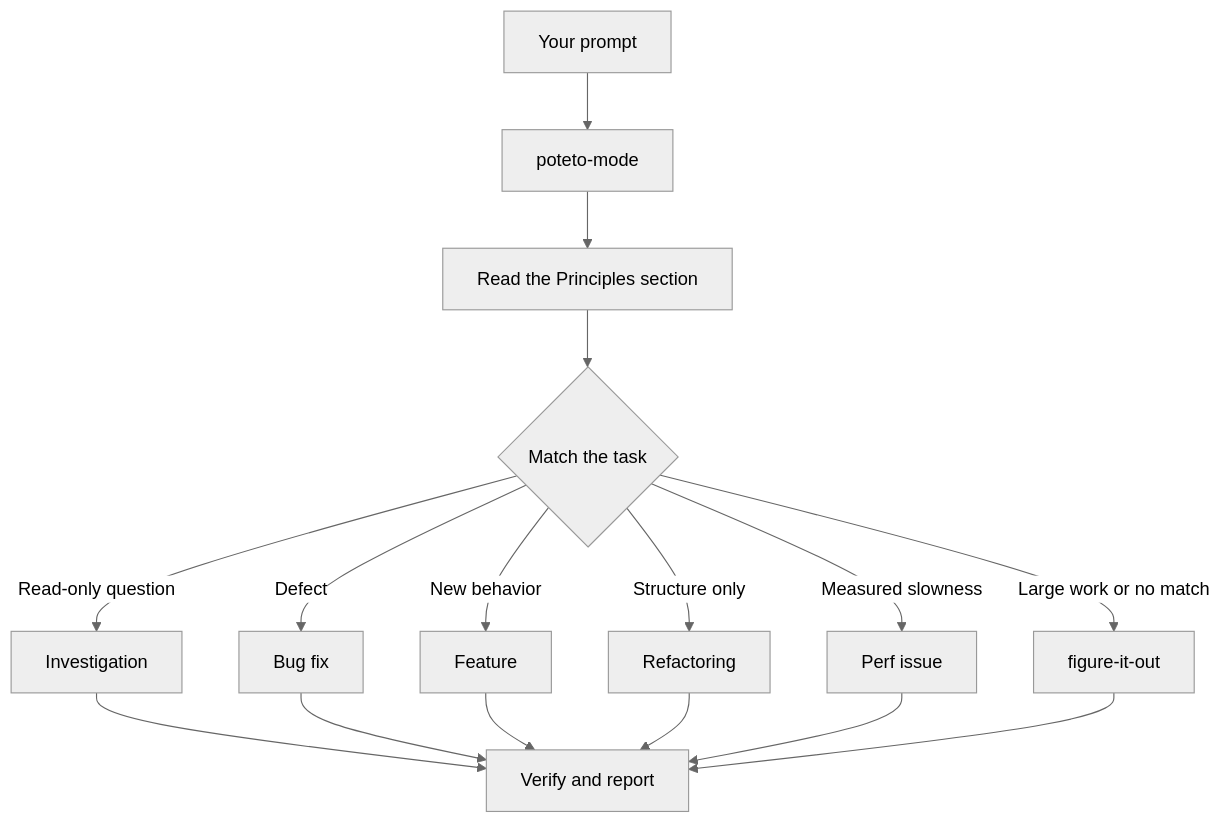
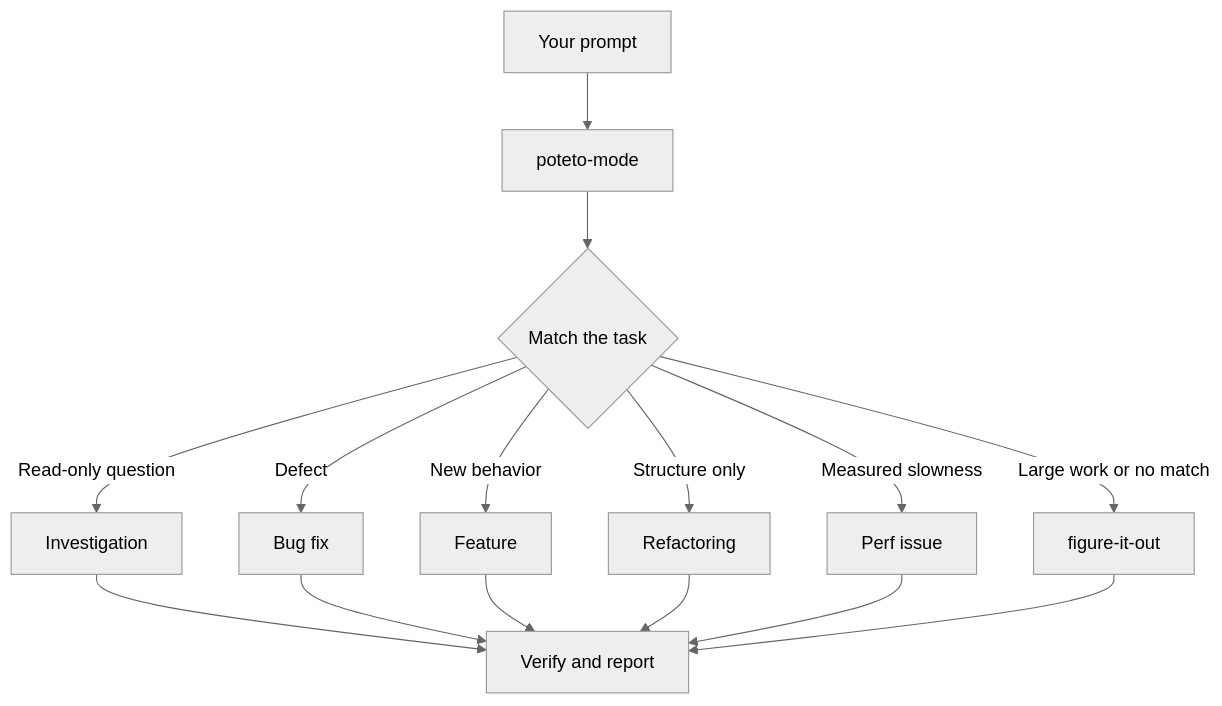
One commit to LisaScheers/Forge changed the diagram in flake-parts/modules/home-manager/programs/ai-skills/pstack/docs/guide/02-poteto-mode.md. Above: the diagram before and after it, drawn with Mermaid (neutral theme). The commit also changed other lines of this file and 77 other files, not shown here.

````diff
--- a/flake-parts/modules/home-manager/programs/ai-skills/pstack/docs/guide/02-poteto-mode.md
+++ b/flake-parts/modules/home-manager/programs/ai-skills/pstack/docs/guide/02-poteto-mode.md
@@ -9,18 +9,17 @@
 ```mermaid
 flowchart TD
     A[Your prompt] --> B[poteto-mode]
-    B --> C[Read the Principles section]
-    C --> D{Match the task}
+    B --> D{Match the task}
     D -->|Read-only question| E[Investigation]
     D -->|Defect| F[Bug fix]
     D -->|New behavior| G[Feature]
     D -->|Structure only| H[Refactoring]
     D -->|Measured slowness| I[Perf issue]
     D -->|Large work or no match| J[figure-it-out]
     E --> K[Verify and report]
     F --> K
     G --> K
     H --> K
     I --> K
     J --> K
 ```
````
